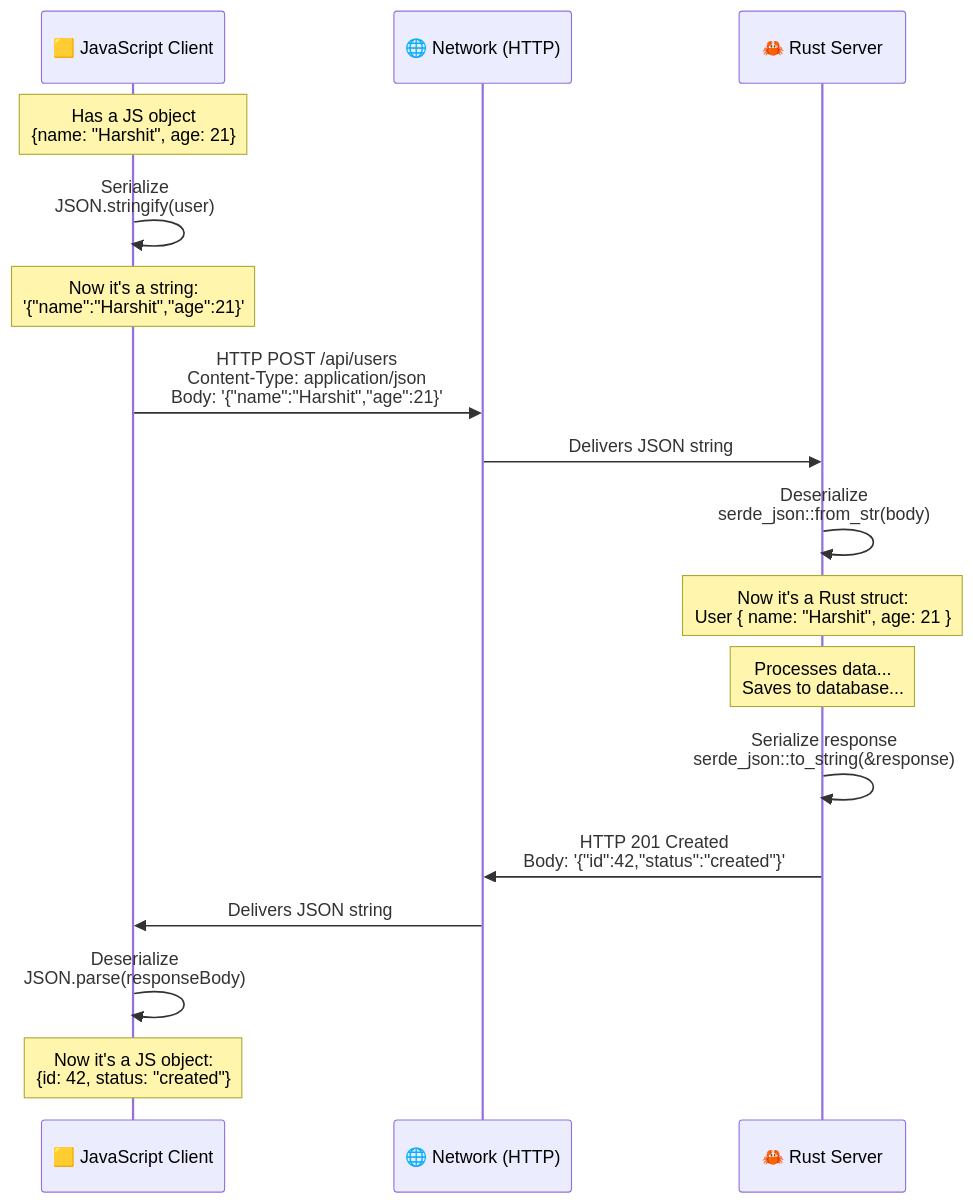
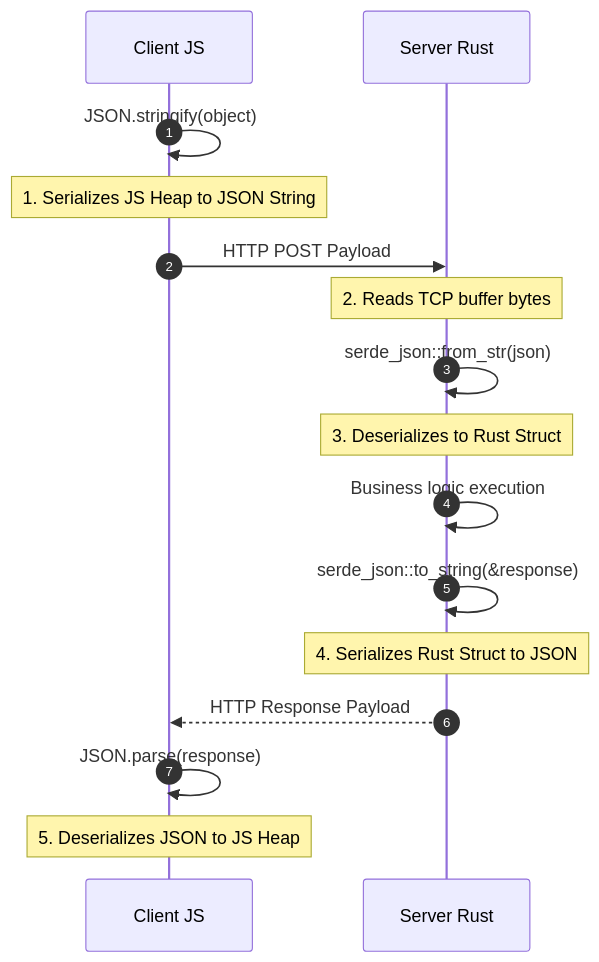
Before and after one commit to HarshitN87/Sriniously_backend_notes: the second of 2 diagrams in 07_Serialization.md, drawn with Mermaid. The commit also changed other lines of this file and 26 other files, not shown here.

````diff
--- a/07_Serialization.md
+++ b/07_Serialization.md
@@ -132,28 +162,16 @@
 ```mermaid
 sequenceDiagram
-    participant JS as 🟨 JavaScript Client
-    participant NET as 🌐 Network (HTTP)
-    participant RS as 🦀 Rust Server
-
-    Note over JS: Has a JS object<br/>{name: "Harshit", age: 21}
-
-    JS->>JS: Serialize<br/>JSON.stringify(user)
-    Note over JS: Now it's a string:<br/>'{"name":"Harshit","age":21}'
-
-    JS->>NET: HTTP POST /api/users<br/>Content-Type: application/json<br/>Body: '{"name":"Harshit","age":21}'
-
-    NET->>RS: Delivers JSON string
-
-    RS->>RS: Deserialize<br/>serde_json::from_str(body)
-    Note over RS: Now it's a Rust struct:<br/>User { name: "Harshit", age: 21 }
-
-    Note over RS: Processes data...<br/>Saves to database...
-
-    RS->>RS: Serialize response<br/>serde_json::to_string(&response)
-    RS->>NET: HTTP 201 Created<br/>Body: '{"id":42,"status":"created"}'
-
-    NET->>JS: Delivers JSON string
-
-    JS->>JS: Deserialize<br/>JSON.parse(responseBody)
-    Note over JS: Now it's a JS object:<br/>{id: 42, status: "created"}
+    autonumber
+    Client JS->>Client JS: JSON.stringify(object)
+    Note over Client JS: 1. Serializes JS Heap to JSON String
+    Client JS->>Server Rust: HTTP POST Payload
+    Note over Server Rust: 2. Reads TCP buffer bytes
+    Server Rust->>Server Rust: serde_json::from_str(json)
+    Note over Server Rust: 3. Deserializes to Rust Struct
+    Server Rust->>Server Rust: Business logic execution
+    Server Rust->>Server Rust: serde_json::to_string(&response)
+    Note over Server Rust: 4. Serializes Rust Struct to JSON
+    Server Rust-->>Client JS: HTTP Response Payload
+    Client JS->>Client JS: JSON.parse(response)
+    Note over Client JS: 5. Deserializes JSON to JS Heap
 ```
````
